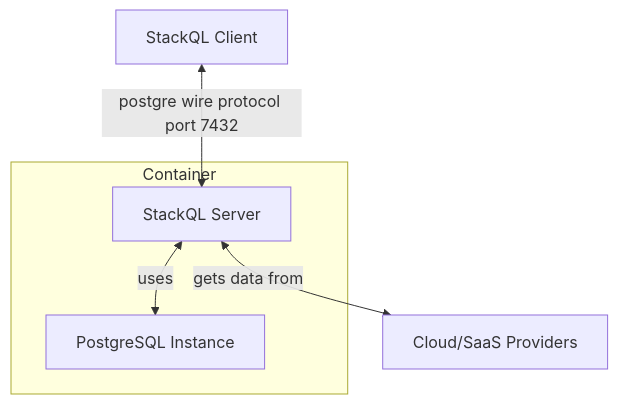
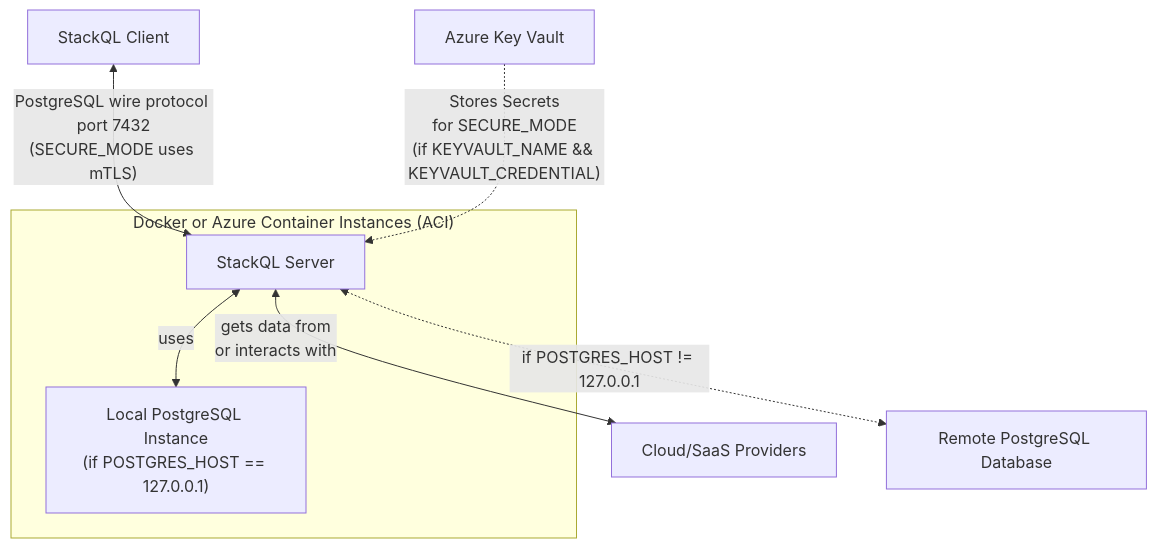
One commit to stackql/stackql-server changed the diagram in README.md. Above: the diagram before and after it, drawn with Mermaid. The commit also changed other lines of this file and 3 other files, not shown here.

````diff
--- a/README.md
+++ b/README.md
@@ -10,10 +36,14 @@
 ```mermaid
 graph TD;
-    subgraph Container;
+    subgraph Docker_or_ACI["Docker or Azure Container Instances (ACI)"];
         B[StackQL Server];
-        C[PostgreSQL Instance];
+        C["Local PostgreSQL Instance\n(if POSTGRES_HOST == 127.0.0.1)"];
+        B <-- uses --> C;
     end;
-    A[StackQL Client] <-- postgre wire protocol port 7432 --> B;
-    B <-- gets data from --> E[Cloud/SaaS Providers];
-    B <-- uses --> C;
+    A[StackQL Client] <-- PostgreSQL wire protocol port 7432\n(SECURE_MODE uses mTLS) --> B;
+    B <-- gets data from\nor interacts with --> E[Cloud/SaaS Providers];
+    KV[Azure Key Vault] -.->|"Stores Secrets\nfor SECURE_MODE\n(if KEYVAULT_NAME && KEYVAULT_CREDENTIAL)"| B;
+
+    %% Positioning the remote DB at the bottom
+    B <-.->|if POSTGRES_HOST != 127.0.0.1| RemoteDB["Remote PostgreSQL Database"];
 ```
````
